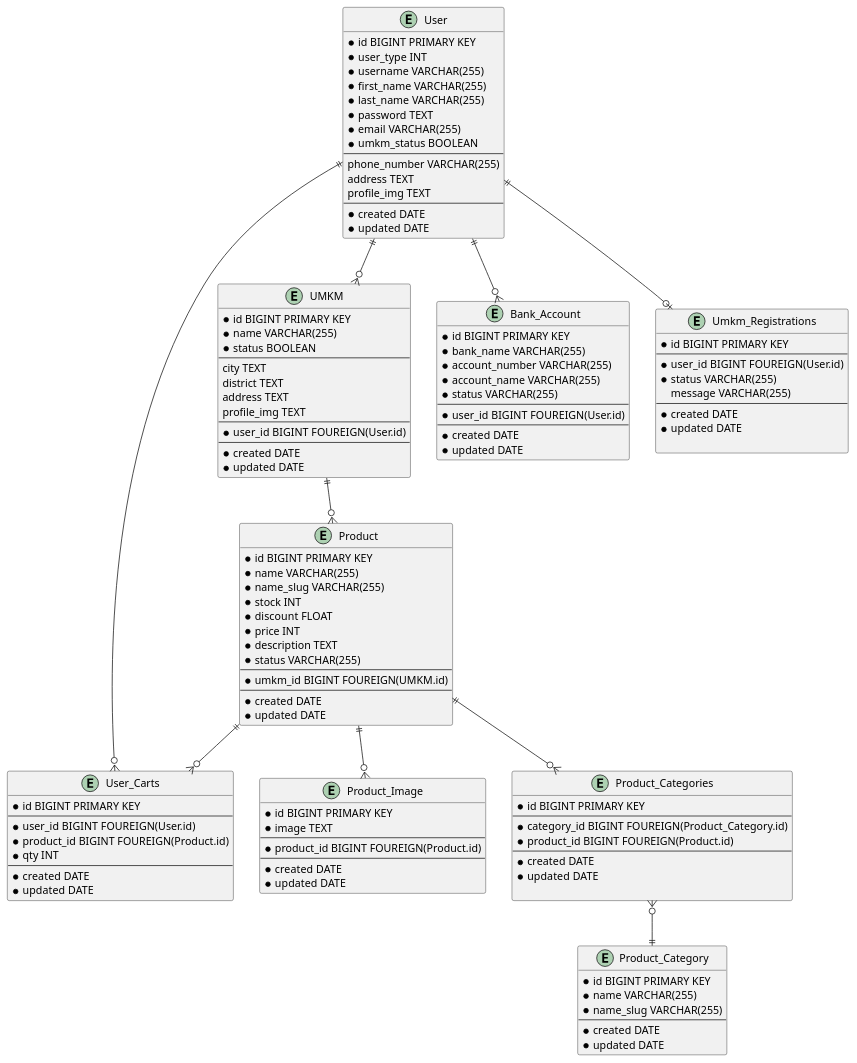
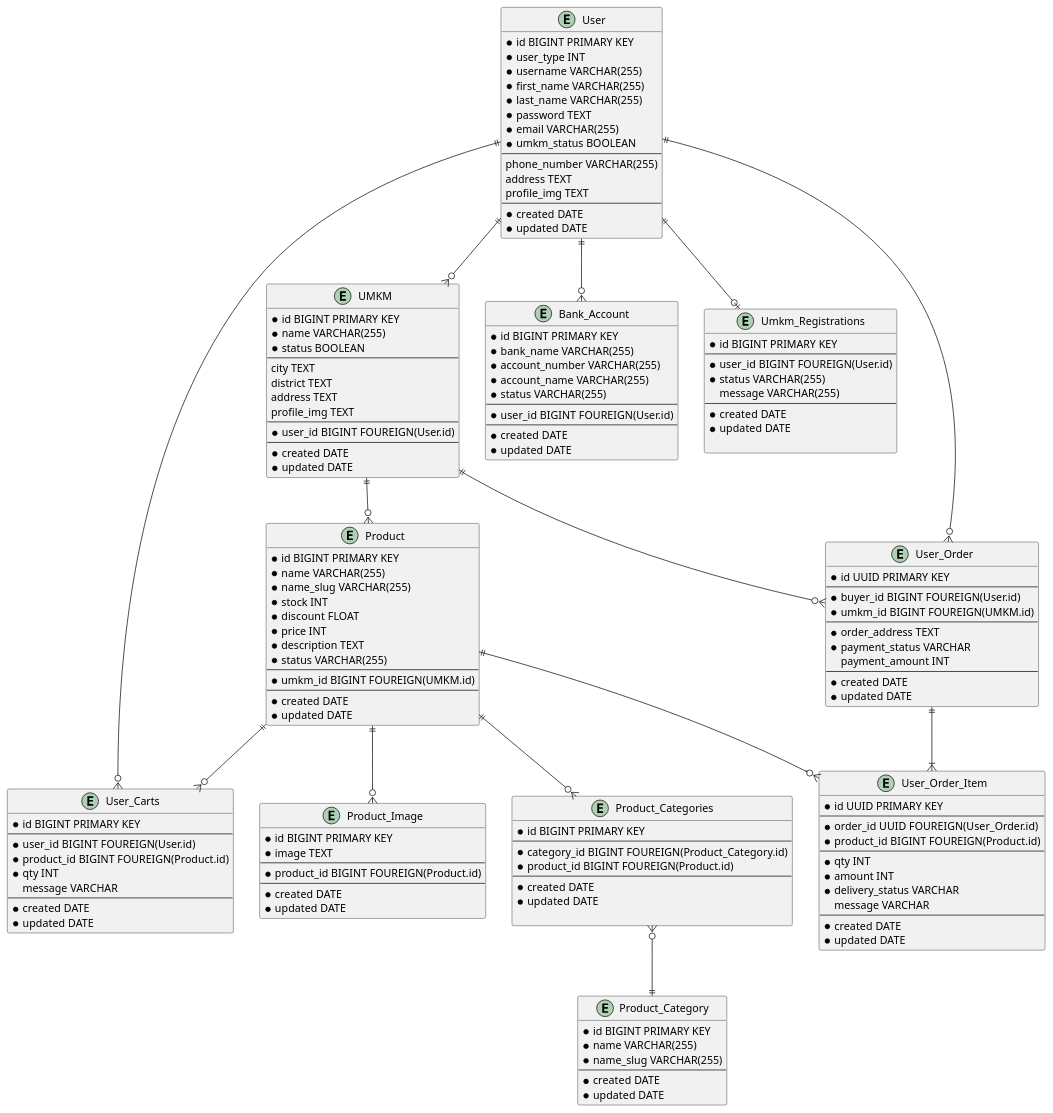
Before and after one commit to vithiaz/ecomm_UMKM_tomohon: the diagram in db_design.puml, drawn with PlantUML. The commit also changed 22 other files, not shown here.

```diff
--- a/db_design.puml
+++ b/db_design.puml
@@ -1,145 +1,185 @@
 @startuml
 
 entity User {
     * id BIGINT PRIMARY KEY
     * user_type INT
     * username VARCHAR(255)
     * first_name VARCHAR(255)
     * last_name VARCHAR(255)
     * password TEXT
     * email VARCHAR(255)
     * umkm_status BOOLEAN
     --
     phone_number VARCHAR(255)
     address TEXT
     profile_img TEXT
     --
     * created DATE
     * updated DATE
 }
 
 entity User_Carts {
     * id BIGINT PRIMARY KEY
     --
     * user_id BIGINT FOUREIGN(User.id)
     * product_id BIGINT FOUREIGN(Product.id)
     * qty INT
+    message VARCHAR
     --
     * created DATE
     * updated DATE
 }
 
 entity UMKM {
     * id BIGINT PRIMARY KEY
     * name VARCHAR(255)
     * status BOOLEAN
     --
     city TEXT
     district TEXT
     address TEXT
     profile_img TEXT
     --
     * user_id BIGINT FOUREIGN(User.id)
     --
     * created DATE
     * updated DATE
 }
 
 entity Bank_Account {
     * id BIGINT PRIMARY KEY
     * bank_name VARCHAR(255)
     * account_number VARCHAR(255)
     * account_name VARCHAR(255)
     * status VARCHAR(255)
     ' request
     ' acc
     ' revoked
     ' rejected
     --
     * user_id BIGINT FOUREIGN(User.id)
     --
     * created DATE
     * updated DATE
 }
 
 entity Product {
     * id BIGINT PRIMARY KEY
     * name VARCHAR(255)
     * name_slug VARCHAR(255)
     * stock INT
     * discount FLOAT
     * price INT
     * description TEXT
     * status VARCHAR(255)
     ' active
     ' disabled
     ' revoked
     --
     * umkm_id BIGINT FOUREIGN(UMKM.id)
     --
     * created DATE
     * updated DATE
 }
 
 entity Product_Image {
     * id BIGINT PRIMARY KEY
     * image TEXT
     --
     * product_id BIGINT FOUREIGN(Product.id)
     --
     * created DATE
     * updated DATE
 }
 
 entity Product_Category {
     * id BIGINT PRIMARY KEY
     * name VARCHAR(255)
     * name_slug VARCHAR(255)
     --
     * created DATE
     * updated DATE
 }
 
 entity Product_Categories {
     * id BIGINT PRIMARY KEY
     --
     * category_id BIGINT FOUREIGN(Product_Category.id)
     * product_id BIGINT FOUREIGN(Product.id)
     --
     * created DATE
     * updated DATE
 
 }
 
 entity Umkm_Registrations {
     * id BIGINT PRIMARY KEY
     --
     * user_id BIGINT FOUREIGN(User.id)
     * status VARCHAR(255) 
     ' request
     ' acc
     ' rejected
     ' revoked
     message VARCHAR(255)
     --
     * created DATE
     * updated DATE
 
 }
 
+entity User_Order {
+    * id UUID PRIMARY KEY
+    --
+    * buyer_id BIGINT FOUREIGN(User.id)
+    * umkm_id BIGINT FOUREIGN(UMKM.id)
+    --
+    * order_address TEXT
+    * payment_status VARCHAR
+    ' pending
+    ' ...
+    payment_amount INT
+    --
+    * created DATE
+    * updated DATE
+}
+
+entity User_Order_Item {
+    * id UUID PRIMARY KEY
+    --
+    * order_id UUID FOUREIGN(User_Order.id)
+    * product_id BIGINT FOUREIGN(Product.id)
+    --
+    * qty INT
+    * amount INT
+    * delivery_status VARCHAR
+    ' pending
+    ' onsite
+    ' return
+    message VARCHAR
+    --
+    * created DATE
+    * updated DATE
+}
+
 ' Relation
 User ||--o{ UMKM
 User ||--o{ Bank_Account
 User ||--o{ User_Carts
 User ||--o| Umkm_Registrations
+User ||--o{ User_Order
 
 UMKM ||--o{ Product
+UMKM ||--o{ User_Order
+Product ||--o{ User_Order_Item
 
 Product ||--o{ Product_Image
 Product ||--o{ Product_Categories
 
 Product_Categories }o--|| Product_Category
 
 Product ||--o{ User_Carts
 
+User_Order ||--|{ User_Order_Item
+
 @enduml
```
